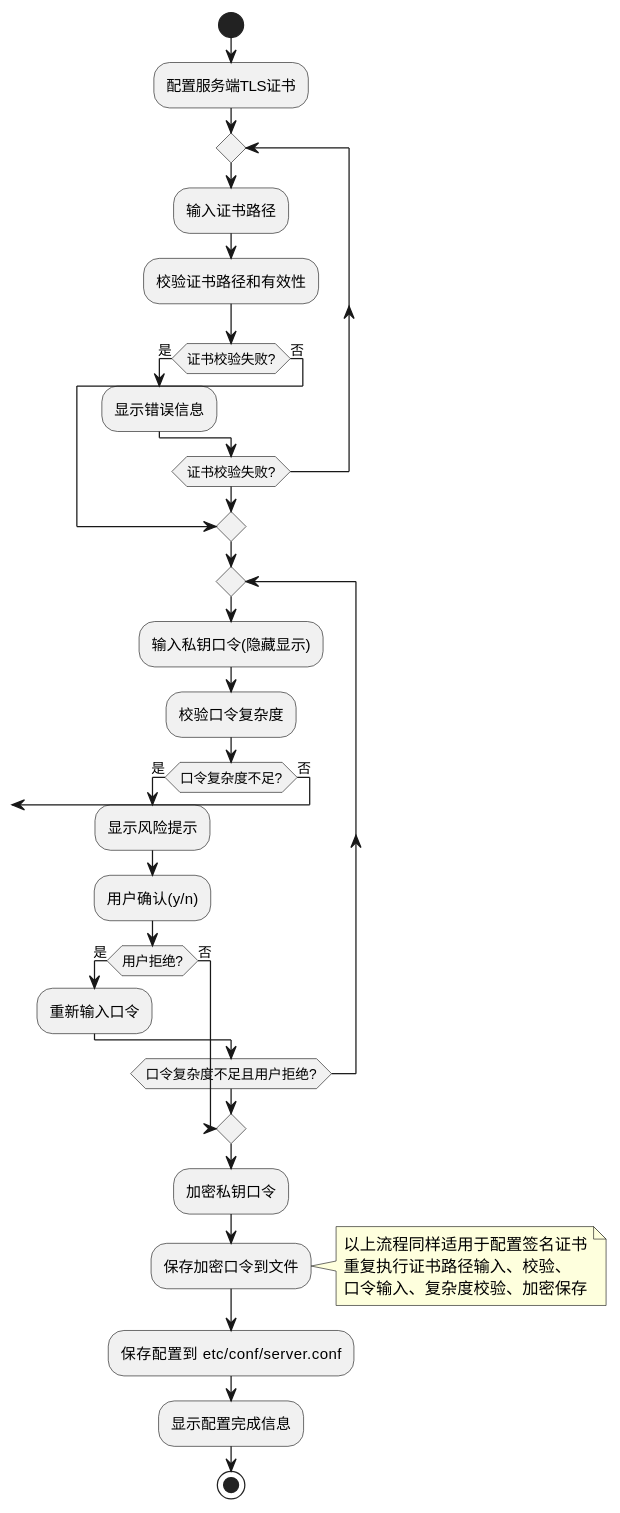
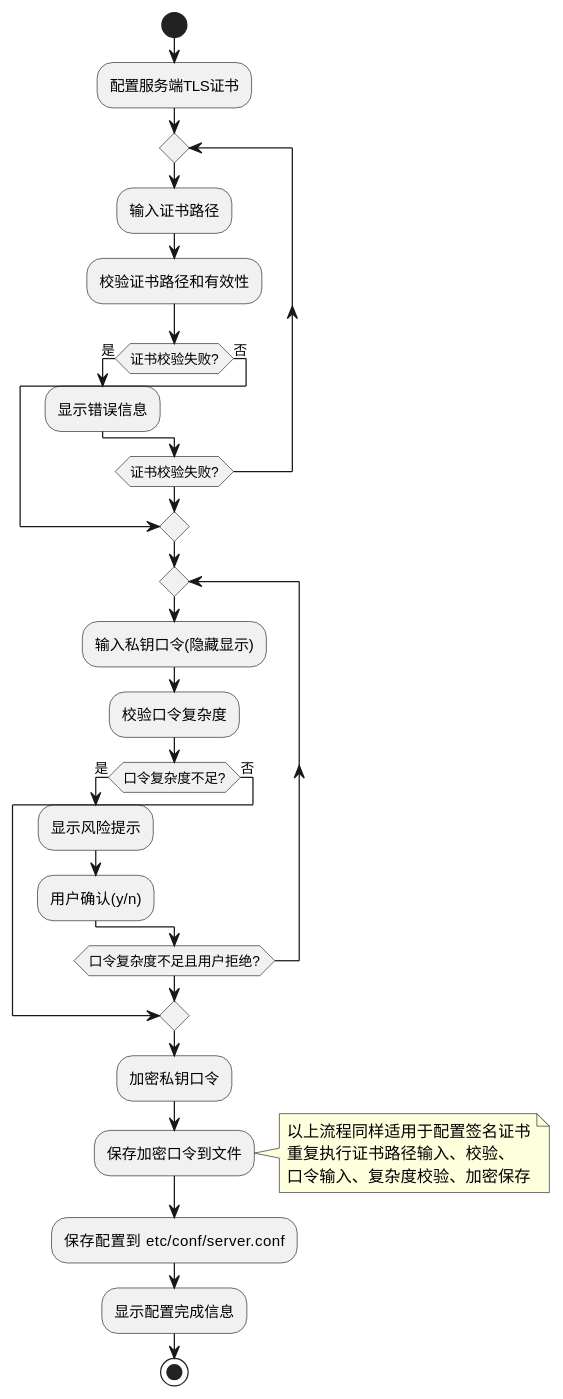
One commit to project-openan/registry-center changed the first of 3 diagrams in test.md. Above: the diagram before and after it, drawn with PlantUML.

Commit message:
update: 更新文件 test.md

````diff
--- a/test.md
+++ b/test.md
@@ -101,47 +101,42 @@
 ```plantuml
 @startuml
 start
 
 :配置服务端TLS证书;
 
 repeat
   :输入证书路径;
   :校验证书路径和有效性;
   if (证书校验失败?) then (是)
     :显示错误信息;
   else (否)
     break
   endif
 repeat while (证书校验失败?)
 
 repeat
   :输入私钥口令(隐藏显示);
   :校验口令复杂度;
   if (口令复杂度不足?) then (是)
     :显示风险提示;
     :用户确认(y/n);
-    if (用户拒绝?) then (是)
-      :重新输入口令;
-    else (否)
-      break
-    endif
   else (否)
     break
   endif
 repeat while (口令复杂度不足且用户拒绝?)
 
 :加密私钥口令;
 :保存加密口令到文件;
 
 note right
   以上流程同样适用于配置签名证书
   重复执行证书路径输入、校验、
   口令输入、复杂度校验、加密保存
 end note
 
 :保存配置到 etc/conf/server.conf;
 :显示配置完成信息;
 
 stop
 @enduml
 ```
````
